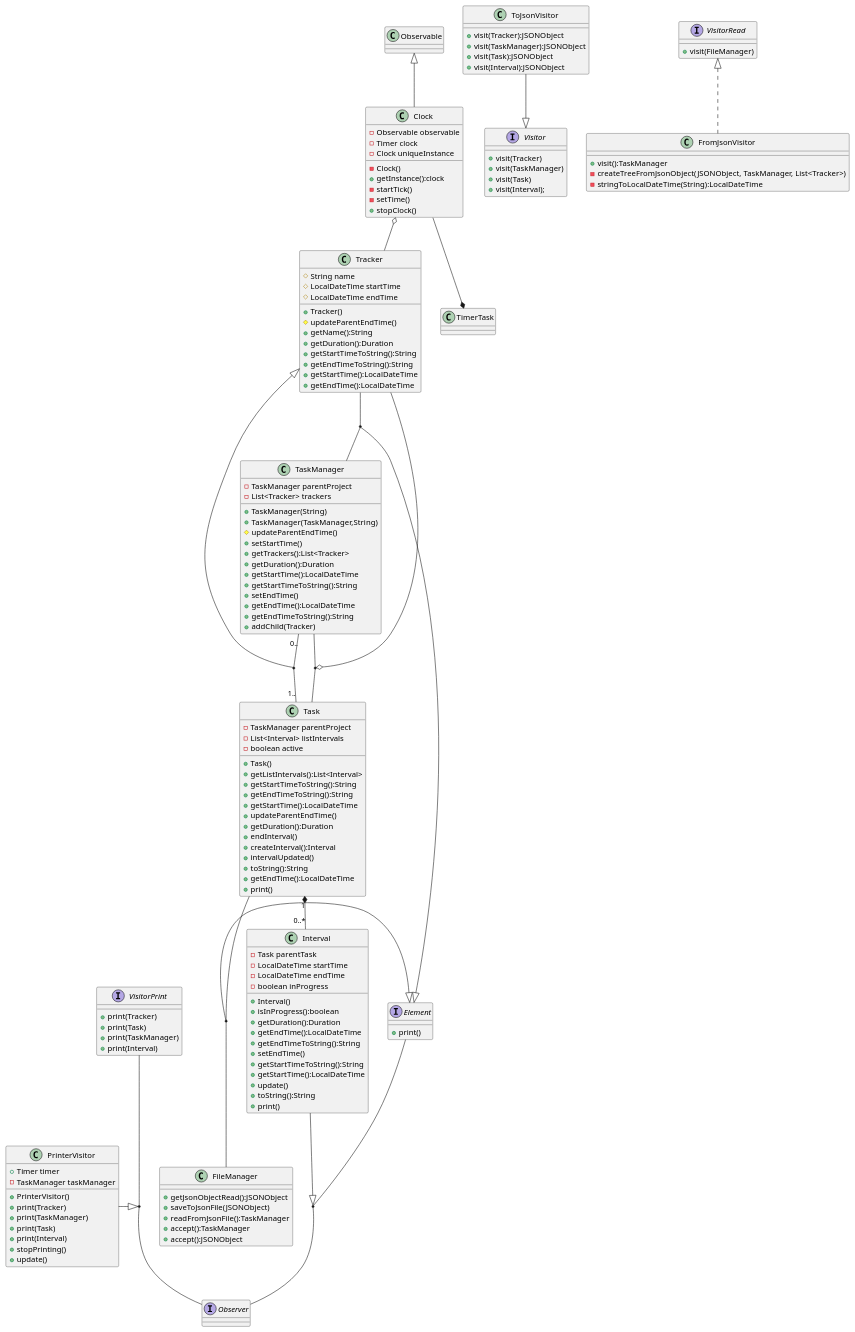
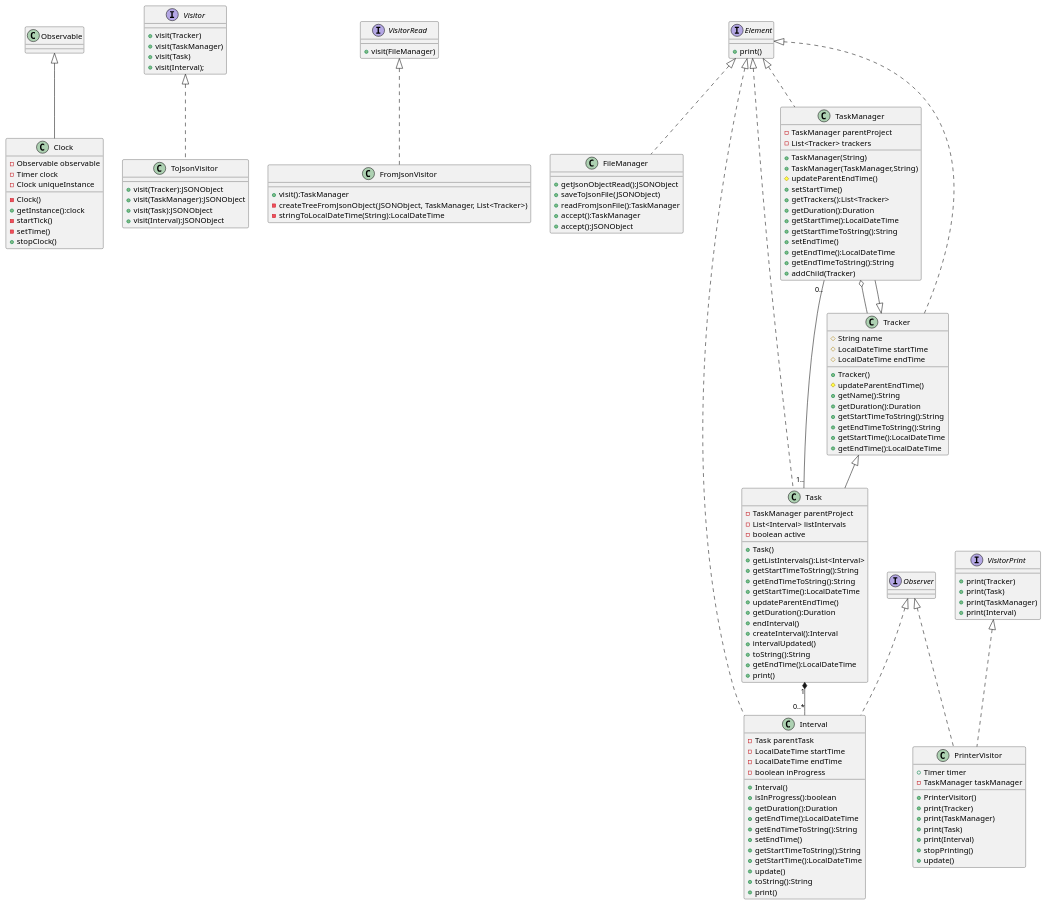
Before and after one commit to kumarbhupi/time_tracker: the diagram in src/main/java/time_tracker.puml, drawn with PlantUML.

```diff
--- a/src/main/java/time_tracker.puml
+++ b/src/main/java/time_tracker.puml
@@ -1,151 +1,154 @@
 @startuml
 class Clock{
 -Observable observable
 -Timer clock
 -Clock uniqueInstance
 -Clock()
 +getInstance():clock
 -startTick()
 -setTime()
 +stopClock()
 }
 interface Visitor{
 +visit(Tracker)
 +visit(TaskManager)
 +visit(Task)
 +visit(Interval);
 }
 
 interface VisitorRead{
 +visit(FileManager)
 }
 interface Element{
 +print()
 }
 
 interface VisitorPrint{
 +print(Tracker)
 +print(Task)
 +print(TaskManager)
 +print(Interval)
 }
 
 class FileManager{
 +getJsonObjectRead():JSONObject
 +saveToJsonFile(JSONObject)
 +readFromJsonFile():TaskManager
 +accept():TaskManager
 +accept():JSONObject
 }
 
 class ToJsonVisitor{
 +visit(Tracker):JSONObject
 +visit(TaskManager):JSONObject
 +visit(Task):JSONObject
 +visit(Interval):JSONObject
 }
 
 class FromJsonVisitor{
 +visit():TaskManager
 -createTreeFromJsonObject(JSONObject, TaskManager, List<Tracker>)
 -stringToLocalDateTime(String):LocalDateTime
 }
 
 class Interval{
 -Task parentTask
 -LocalDateTime startTime
 -LocalDateTime endTime
 -boolean inProgress
 +Interval()
 +isInProgress():boolean
 +getDuration():Duration
 +getEndTime():LocalDateTime
 +getEndTimeToString():String
 +setEndTime()
 +getStartTimeToString():String
 +getStartTime():LocalDateTime
 +update()
 +toString():String
 +print()
 }
 
 class PrinterVisitor{
 +Timer timer
 -TaskManager taskManager
 +PrinterVisitor()
 +print(Tracker)
 +print(TaskManager)
 +print(Task)
 +print(Interval)
 +stopPrinting()
 +update()
 }
 
 class Task{
 -TaskManager parentProject
 -List<Interval> listIntervals
 -boolean active
 +Task()
 +getListIntervals():List<Interval>
 +getStartTimeToString():String
 +getEndTimeToString():String
 +getStartTime():LocalDateTime
 +updateParentEndTime()
 +getDuration():Duration
 +endInterval()
 +createInterval():Interval
 +intervalUpdated()
 +toString():String
 +getEndTime():LocalDateTime
 +print()
 }
 
 class TaskManager{
 -TaskManager parentProject
 -List<Tracker> trackers
 +TaskManager(String)
 +TaskManager(TaskManager,String)
 #updateParentEndTime()
 +setStartTime()
 +getTrackers():List<Tracker>
 +getDuration():Duration
 +getStartTime():LocalDateTime
 +getStartTimeToString():String
 +setEndTime()
 +getEndTime():LocalDateTime
 +getEndTimeToString():String
 +addChild(Tracker)
 }
 
 class Tracker{
 #String name
 #LocalDateTime startTime
 #LocalDateTime endTime
 +Tracker()
 #updateParentEndTime()
 +getName():String
 +getDuration():Duration
 +getStartTimeToString():String
 +getEndTimeToString():String
 +getStartTime():LocalDateTime
 +getEndTime():LocalDateTime
 }
 
 interface Observer
 
 class Observable
 
 TaskManager"0.." -- "1.." Task
-Tracker<|--(TaskManager, Task)
+class Task extends Tracker
+class TaskManager extends Tracker
 Task"1"*--"0..*"Interval
-Interval--|>(Element,Observer)
-(Task,TaskManager) o--Tracker
-Observable <|-- Clock
-Clock --* TimerTask
-PrinterVisitor--|>(VisitorPrint,Observer)
-(Tracker, TaskManager) --|> Element
-(Task,FileManager)--|>Element
-Clock o--Tracker
+class Interval implements Element
+class Interval implements Observer
+TaskManager o--Tracker
+class Clock extends Observable
+class PrinterVisitor implements VisitorPrint
+class PrinterVisitor implements Observer
+class Task implements Element
+class Tracker implements Element
+class TaskManager implements Element
+class FileManager implements Element
 class FromJsonVisitor implements VisitorRead
-ToJsonVisitor --|> Visitor
+class ToJsonVisitor implements Visitor
 @enduml
```
